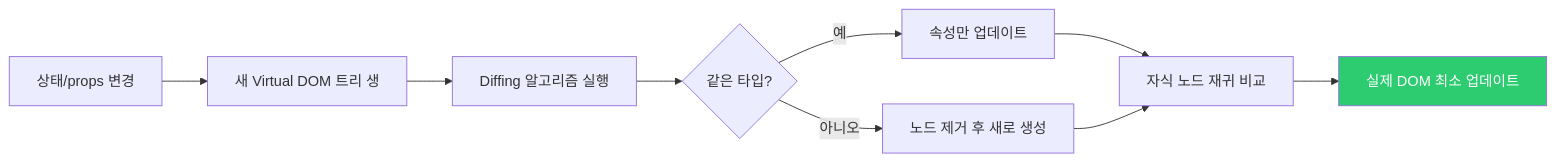
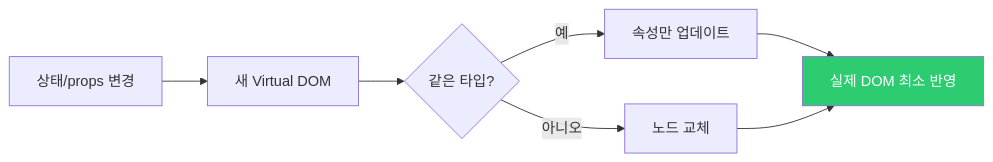
Before and after one commit to yjkim2015/yjkim2015.github.io: the second of 6 diagrams in _posts/frontend/2026-05-02-react-fundamentals.md, drawn with Mermaid. The commit also changed other lines of this file and 163 other files, not shown here.

First line of the commit message:
Mermaid 300개 블록 내용 축소: 5노드 5엣지 이하, 의미 있는 약어

````diff
--- a/_posts/frontend/2026-05-02-react-fundamentals.md
+++ b/_posts/frontend/2026-05-02-react-fundamentals.md
@@ -80,12 +81,9 @@
 ```mermaid
-flowchart LR
-    A["상태/props 변경"] --> B["새 Virtual DOM 트리 생"]
-    B --> C["Diffing 알고리즘 실행"]
-    C --> D{"같은 타입?"}
-    D -->|"예"| E["속성만 업데이트"]
-    D -->|"아니오"| F["노드 제거 후 새로 생성"]
-    E --> G["자식 노드 재귀 비교"]
-    F --> G
-    G --> H["실제 DOM 최소 업데이트"]
-    style H fill:#2ecc71,color:#fff
+graph LR
+    A["상태/props 변경"] --> B["새 Virtual DOM"]
+    B --> C{"같은 타입?"}
+    C -->|"예"| D["속성만 업데이트"]
+    C -->|"아니오"| E["노드 교체"]
+    D & E --> F["실제 DOM 최소 반영"]
+    style F fill:#2ecc71,color:#fff
 ```
````
